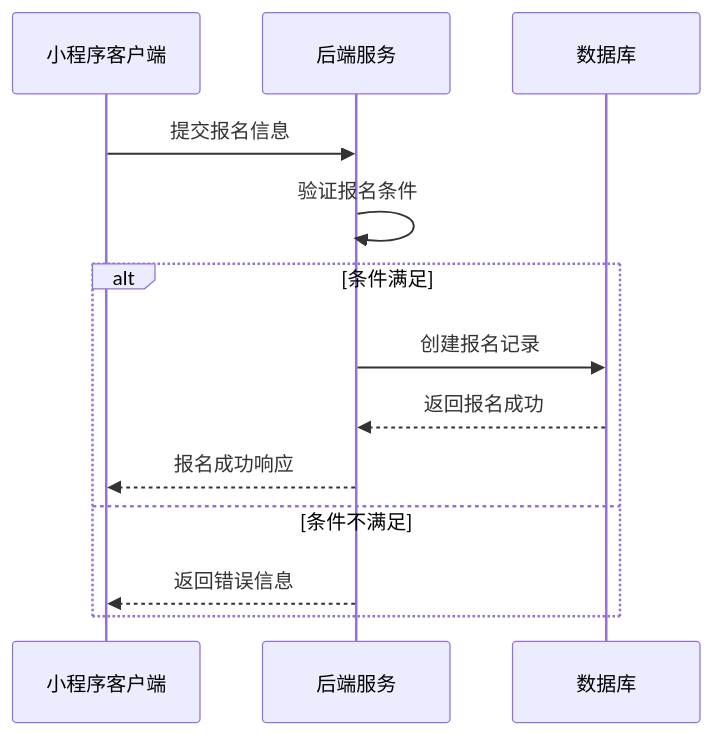
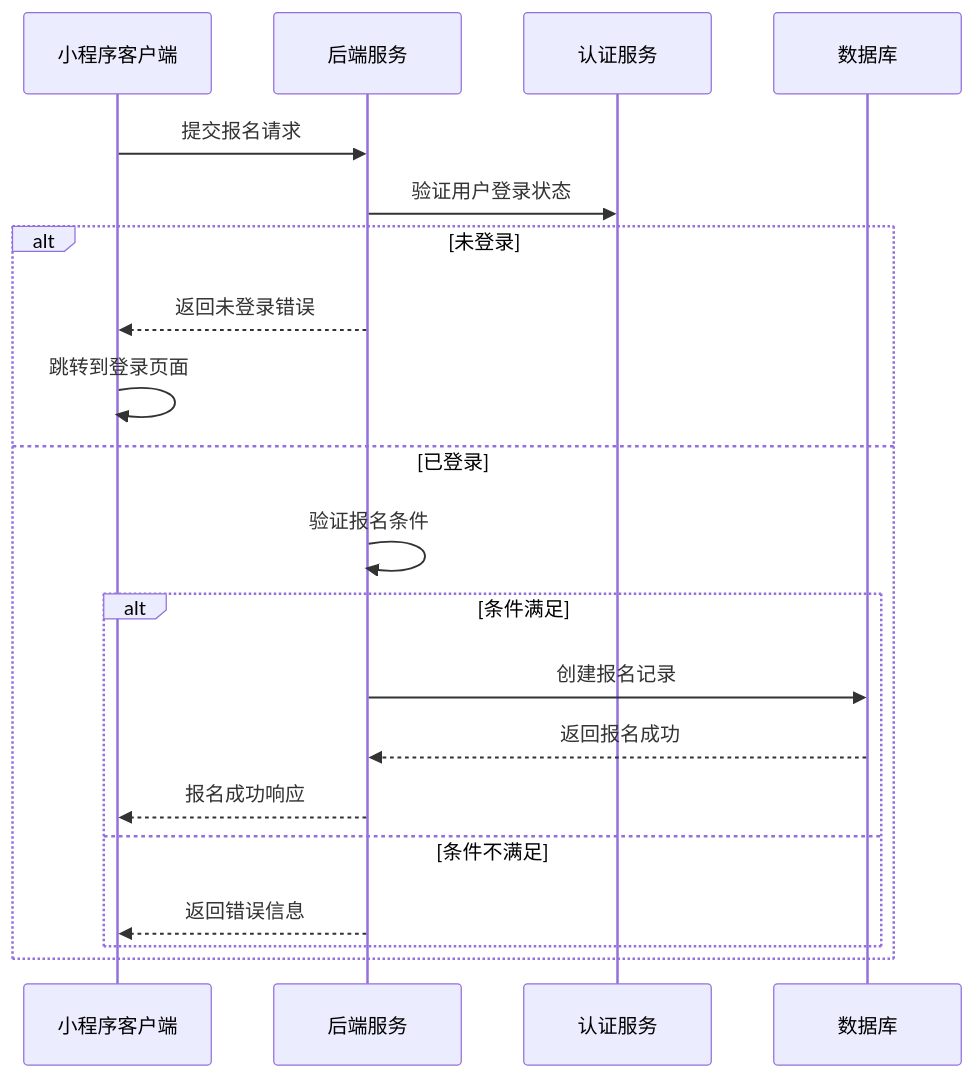
One commit to Childho/V4 changed the second of 4 diagrams in api-docs/activity-detail.md. Above: the diagram before and after it, drawn with Mermaid. The commit also changed other lines of this file and 21 other files, not shown here.

````diff
--- a/api-docs/activity-detail.md
+++ b/api-docs/activity-detail.md
@@ -130,15 +101,22 @@
 ```mermaid
 sequenceDiagram
     participant Client as 小程序客户端
     participant Server as 后端服务
+    participant Auth as 认证服务
     participant DB as 数据库
-    Client->>Server: 提交报名信息
-    Server->>Server: 验证报名条件
-    alt 条件满足
-        Server->>DB: 创建报名记录
-        DB-->>Server: 返回报名成功
-        Server-->>Client: 报名成功响应
-    else 条件不满足
-        Server-->>Client: 返回错误信息
+    Client->>Server: 提交报名请求
+    Server->>Auth: 验证用户登录状态
+    alt 未登录
+        Server-->>Client: 返回未登录错误
+        Client->>Client: 跳转到登录页面
+    else 已登录
+        Server->>Server: 验证报名条件
+        alt 条件满足
+            Server->>DB: 创建报名记录
+            DB-->>Server: 返回报名成功
+            Server-->>Client: 报名成功响应
+        else 条件不满足
+            Server-->>Client: 返回错误信息
+        end
     end
 ```
````
